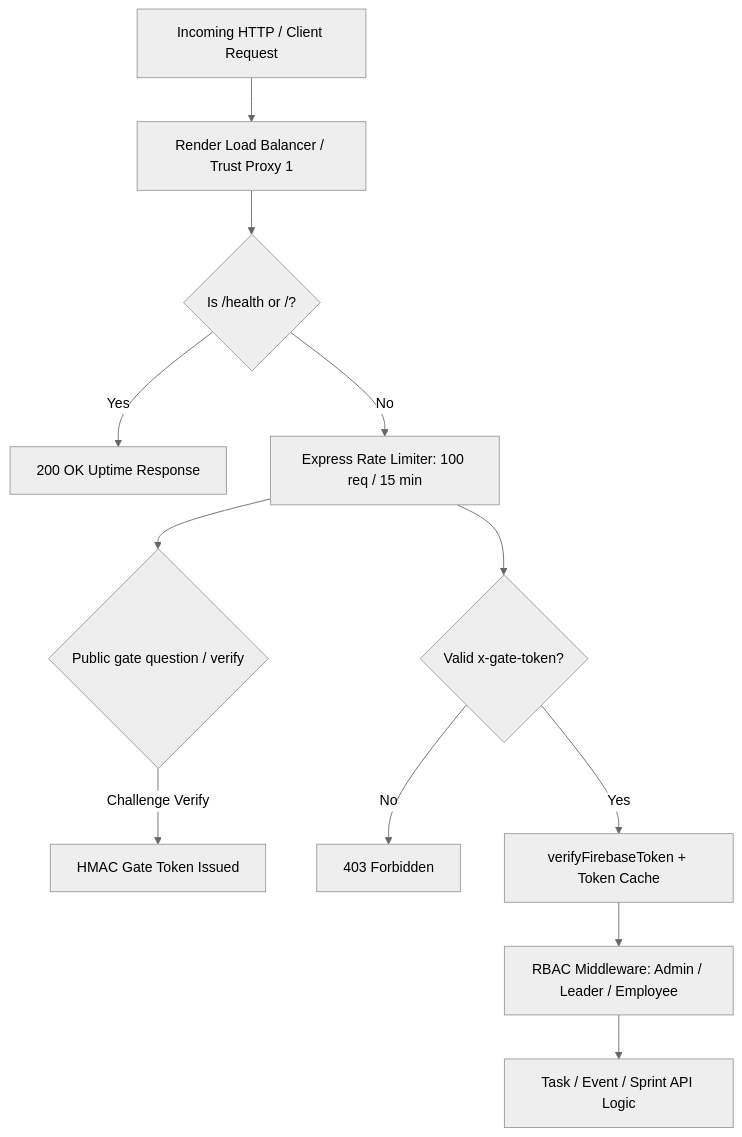
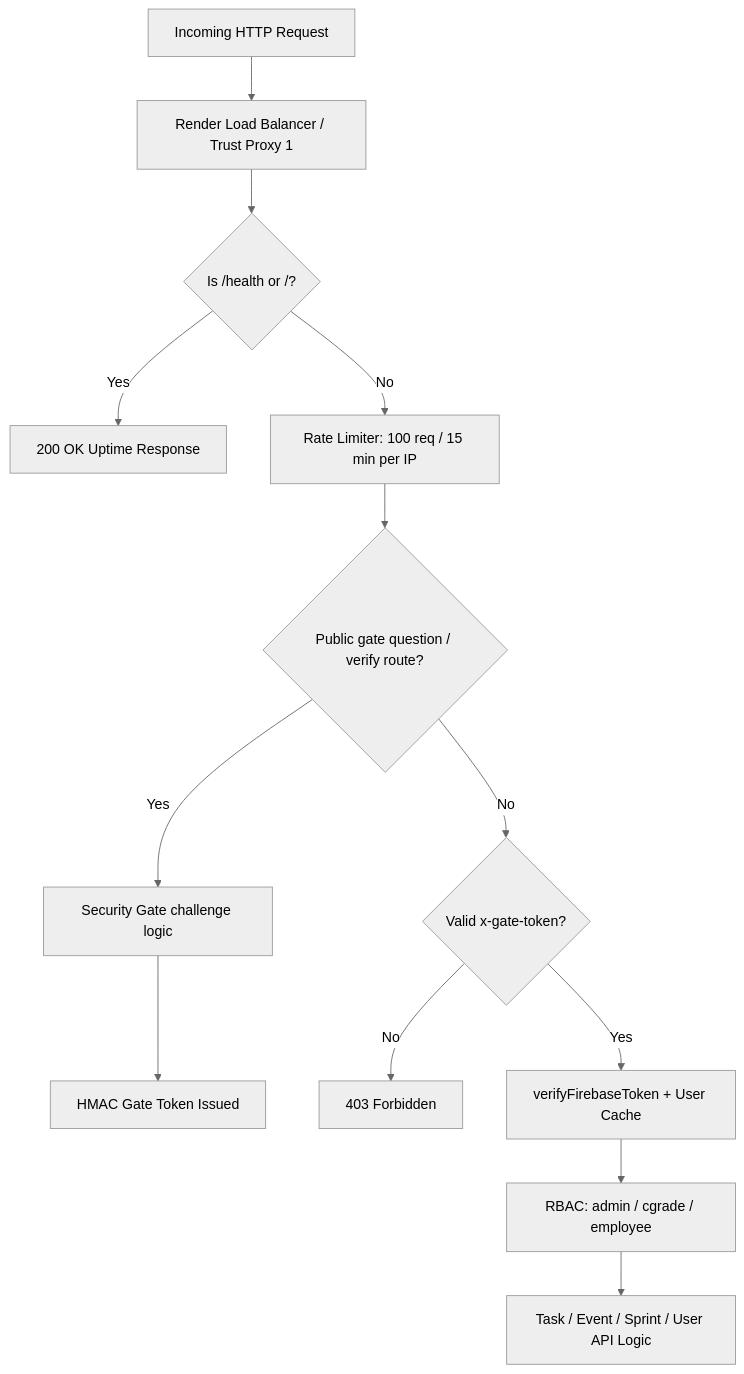
The first of 3 diagrams in security_and_features_report.md (mayesha-3/KanbaKan), drawn with Mermaid (neutral theme) before and after one commit. The commit also changed other lines of this file, not shown here.

First line of the commit message:
Revise security and features report

````diff
--- a/security_and_features_report.md
+++ b/security_and_features_report.md
@@ -17,14 +20,15 @@
 ```mermaid
 flowchart TD
-    Client[Incoming HTTP / Client Request] --> Proxy[Render Load Balancer / Trust Proxy 1]
+    Client[Incoming HTTP Request] --> Proxy[Render Load Balancer / Trust Proxy 1]
     Proxy --> HealthCheck{Is /health or /?}
     HealthCheck -- Yes --> HealthRes[200 OK Uptime Response]
-    HealthCheck -- No --> RateLimiter[Express Rate Limiter: 100 req / 15 min]
-    RateLimiter --> PublicGate{Public gate question / verify}
-    PublicGate -- Challenge Verify --> GateToken[HMAC Gate Token Issued]
-    RateLimiter --> GateCheck{Valid x-gate-token?}
+    HealthCheck -- No --> RateLimiter[Rate Limiter: 100 req / 15 min per IP]
+    RateLimiter --> PublicGate{Public gate question / verify route?}
+    PublicGate -- Yes --> GateLogic[Security Gate challenge logic]
+    GateLogic --> GateToken[HMAC Gate Token Issued]
+    PublicGate -- No --> GateCheck{Valid x-gate-token?}
     GateCheck -- No --> Blocked[403 Forbidden]
-    GateCheck -- Yes --> AuthMiddleware[verifyFirebaseToken + Token Cache]
-    AuthMiddleware --> RBACCheck[RBAC Middleware: Admin / Leader / Employee]
-    RBACCheck --> BusinessLogic[Task / Event / Sprint API Logic]
+    GateCheck -- Yes --> AuthMiddleware[verifyFirebaseToken + User Cache]
+    AuthMiddleware --> RBACCheck[RBAC: admin / cgrade / employee]
+    RBACCheck --> BusinessLogic[Task / Event / Sprint / User API Logic]
 ```
````
